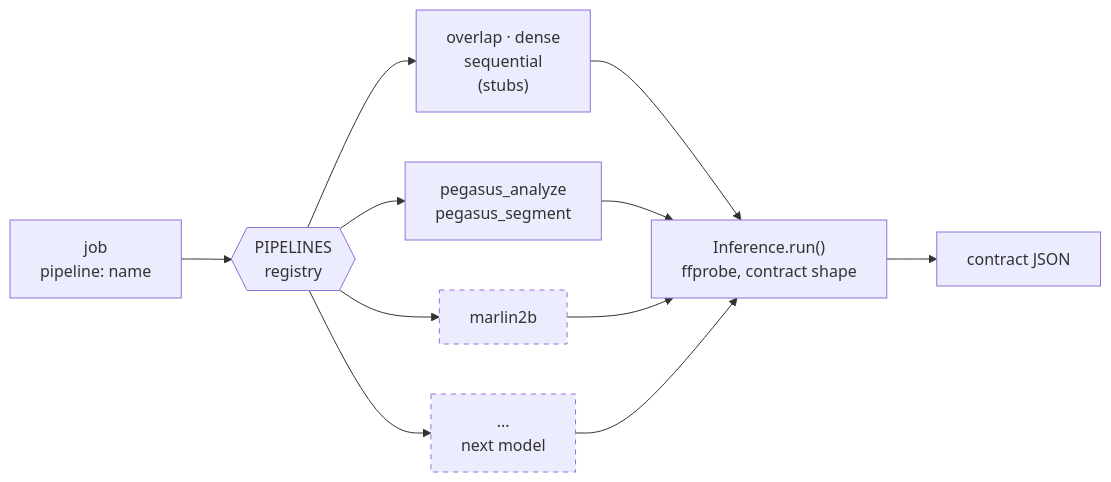
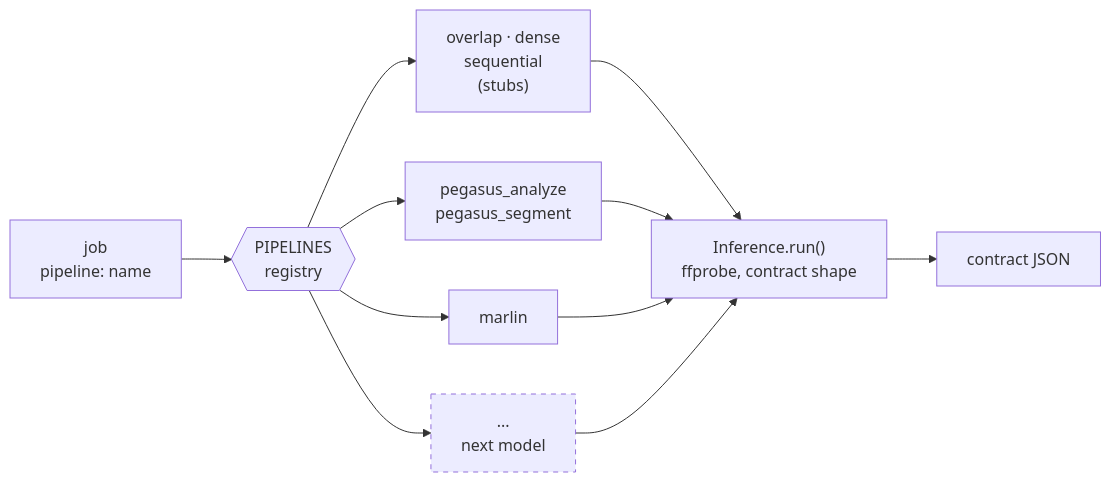
Before and after one commit to sadjava/boundr: the fourth of 6 diagrams in docs/diagrams.md, drawn with Mermaid. The commit also changed other lines of this file and 7 other files, not shown here.

````diff
--- a/docs/diagrams.md
+++ b/docs/diagrams.md
@@ -103,17 +104,16 @@
 ```mermaid
 flowchart LR
     JOB["job<br/>pipeline: name"] --> REG{{"PIPELINES<br/>registry"}}
     REG --> O["overlap · dense<br/>sequential<br/>(stubs)"]
     REG --> PG["pegasus_analyze<br/>pegasus_segment"]
-    REG --> MR["marlin2b"]
+    REG --> MR["marlin"]
     REG --> NEXT["...<br/>next model"]
 
     O --> BASE["Inference.run()<br/>ffprobe, contract shape"]
     PG --> BASE
     MR --> BASE
     NEXT --> BASE
     BASE --> OUT["contract JSON"]
 
-    style MR stroke-dasharray: 5 5
     style NEXT stroke-dasharray: 5 5
 ```
````
